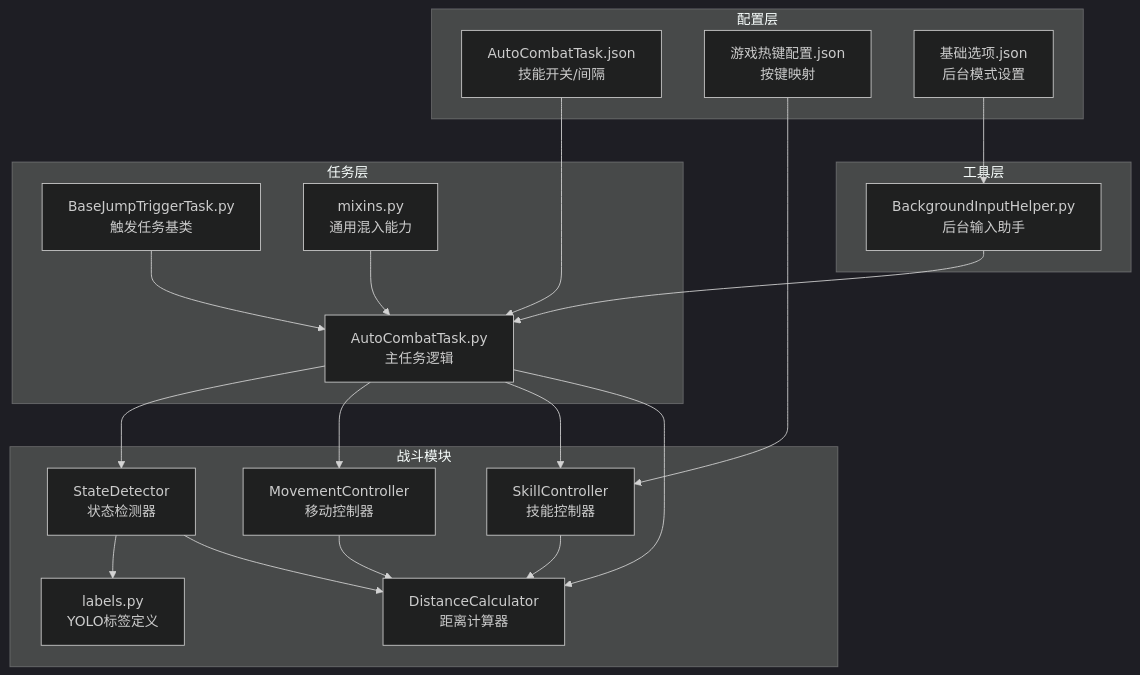
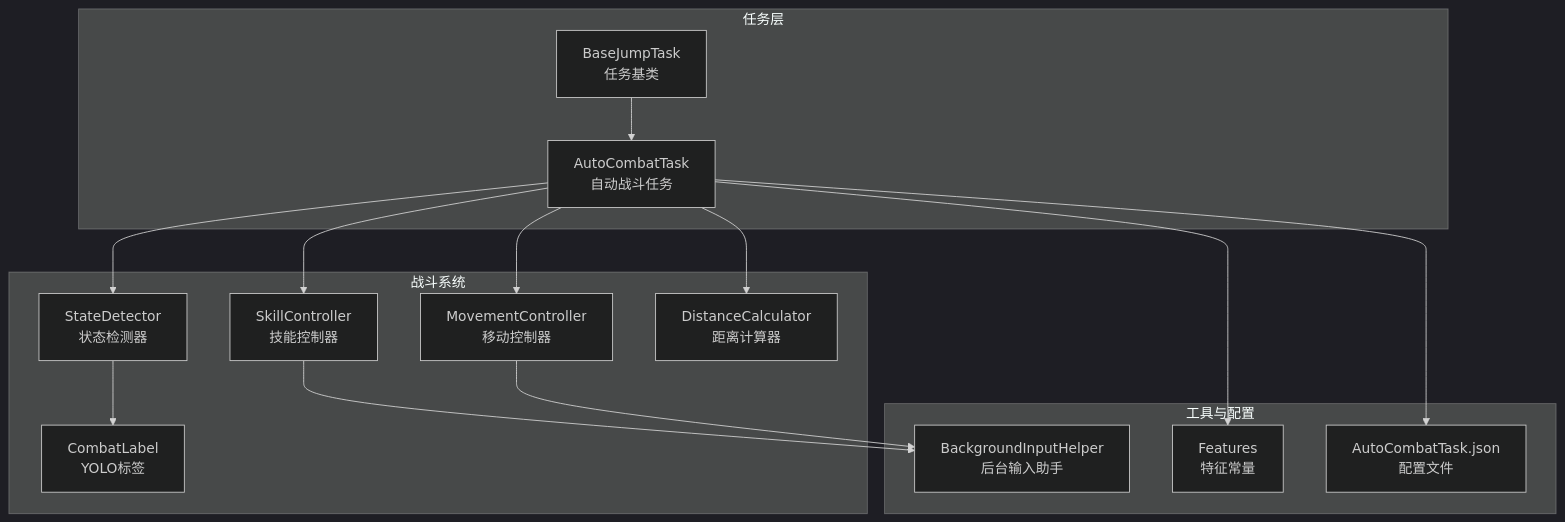
The first of 8 diagrams in .qoder/repowiki/zh/content/任务系统/自动战斗任务.md (xsy098-max/ok-jump), drawn with Mermaid (dark theme) before and after one commit. The commit also changed other lines of this file and 216 other files, not shown here.

````diff
--- a/.qoder/repowiki/zh/content/任务系统/自动战斗任务.md
+++ b/.qoder/repowiki/zh/content/任务系统/自动战斗任务.md
@@ -54,37 +44,29 @@
 ```mermaid
 graph TB
-subgraph "配置层"
-CFG1["AutoCombatTask.json<br/>技能开关/间隔"]
-CFG2["游戏热键配置.json<br/>按键映射"]
-CFG3["基础选项.json<br/>后台模式设置"]
+subgraph "任务层"
+ACT["AutoCombatTask<br/>自动战斗任务"]
+BJT["BaseJumpTask<br/>任务基类"]
 end
-subgraph "任务层"
-T1["AutoCombatTask.py<br/>主任务逻辑"]
-T2["BaseJumpTriggerTask.py<br/>触发任务基类"]
-T3["mixins.py<br/>通用混入能力"]
+subgraph "战斗系统"
+SD["StateDetector<br/>状态检测器"]
+SC["SkillController<br/>技能控制器"]
+MC["MovementController<br/>移动控制器"]
+DC["DistanceCalculator<br/>距离计算器"]
+CL["CombatLabel<br/>YOLO标签"]
 end
-subgraph "战斗模块"
-M1["StateDetector<br/>状态检测器"]
-M2["MovementController<br/>移动控制器"]
-M3["SkillController<br/>技能控制器"]
-M4["DistanceCalculator<br/>距离计算器"]
-L1["labels.py<br/>YOLO标签定义"]
+subgraph "工具与配置"
+BIH["BackgroundInputHelper<br/>后台输入助手"]
+FEAT["Features<br/>特征常量"]
+CFG["AutoCombatTask.json<br/>配置文件"]
 end
-subgraph "工具层"
-U1["BackgroundInputHelper.py<br/>后台输入助手"]
-end
-CFG1 --> T1
-CFG2 --> M3
-CFG3 --> U1
-T2 --> T1
-T3 --> T1
-T1 --> M1
-T1 --> M2
-T1 --> M3
-T1 --> M4
-M1 --> L1
-M1 --> M4
-M2 --> M4
-M3 --> M4
-U1 --> T1
+ACT --> SD
+ACT --> SC
+ACT --> MC
+ACT --> DC
+SD --> CL
+SC --> BIH
+MC --> BIH
+ACT --> FEAT
+ACT --> CFG
+BJT --> ACT
 ```
````
